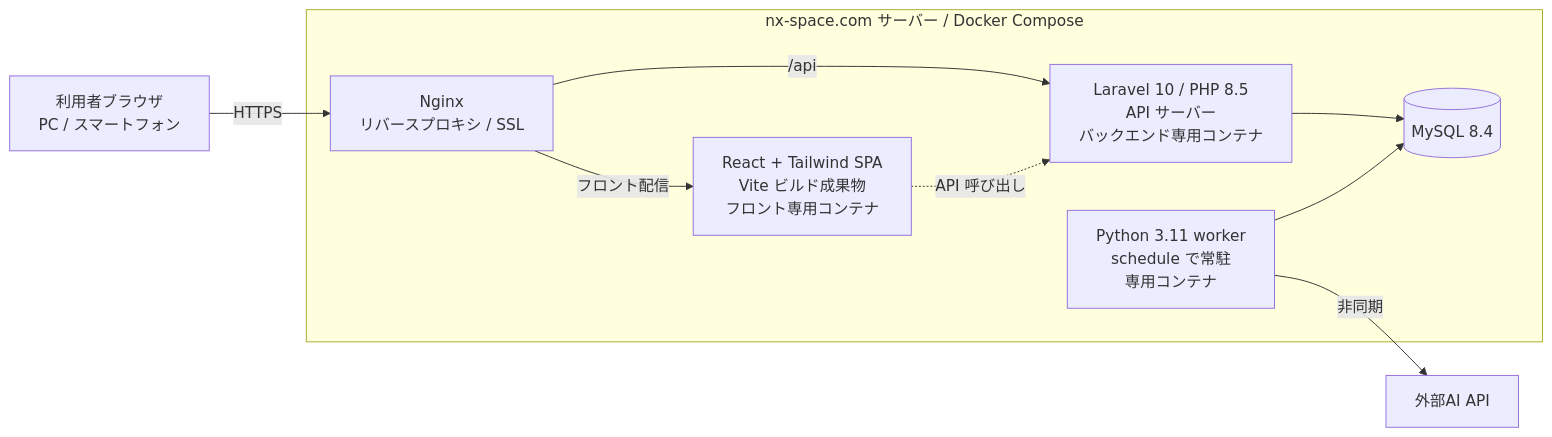
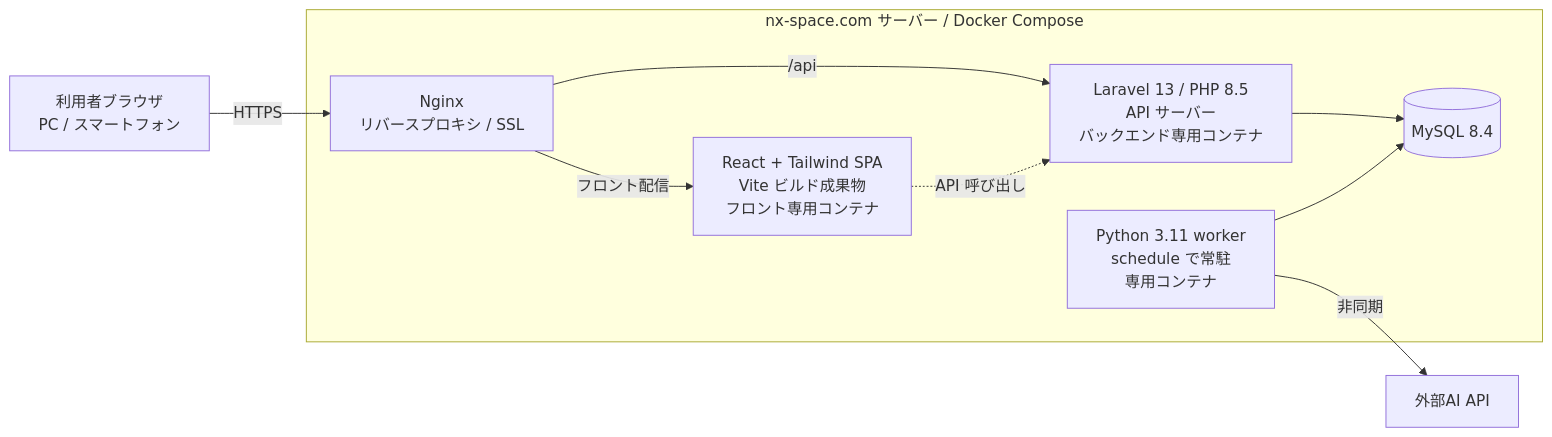
One commit to space-musicacct/resmane changed the diagram in docs/技術構成/技術構成書.md. Above: the diagram before and after it, drawn with Mermaid. The commit also changed other lines of this file and 1 other file, not shown here.

First line of the commit message:
技術構成を Laravel 13 + PHP 8.5 に変更

````diff
--- a/docs/技術構成/技術構成書.md
+++ b/docs/技術構成/技術構成書.md
@@ -50,21 +50,21 @@
 ```mermaid
 flowchart LR
     USER[利用者ブラウザ<br/>PC / スマートフォン]
     AI[外部AI API]
 
     subgraph SERVER[nx-space.com サーバー / Docker Compose]
         NGINX[Nginx<br/>リバースプロキシ / SSL]
         REACT[React + Tailwind SPA<br/>Vite ビルド成果物<br/>フロント専用コンテナ]
-        LARAVEL[Laravel 10 / PHP 8.5<br/>API サーバー<br/>バックエンド専用コンテナ]
+        LARAVEL[Laravel 13 / PHP 8.5<br/>API サーバー<br/>バックエンド専用コンテナ]
         WORKER[Python 3.11 worker<br/>schedule で常駐<br/>専用コンテナ]
         MYSQL[(MySQL 8.4)]
     end
 
     USER -->|HTTPS| NGINX
     NGINX -->|フロント配信| REACT
     NGINX -->|/api| LARAVEL
     REACT -.->|API 呼び出し| LARAVEL
     LARAVEL --> MYSQL
     WORKER --> MYSQL
     WORKER -->|非同期| AI
 ```
````
